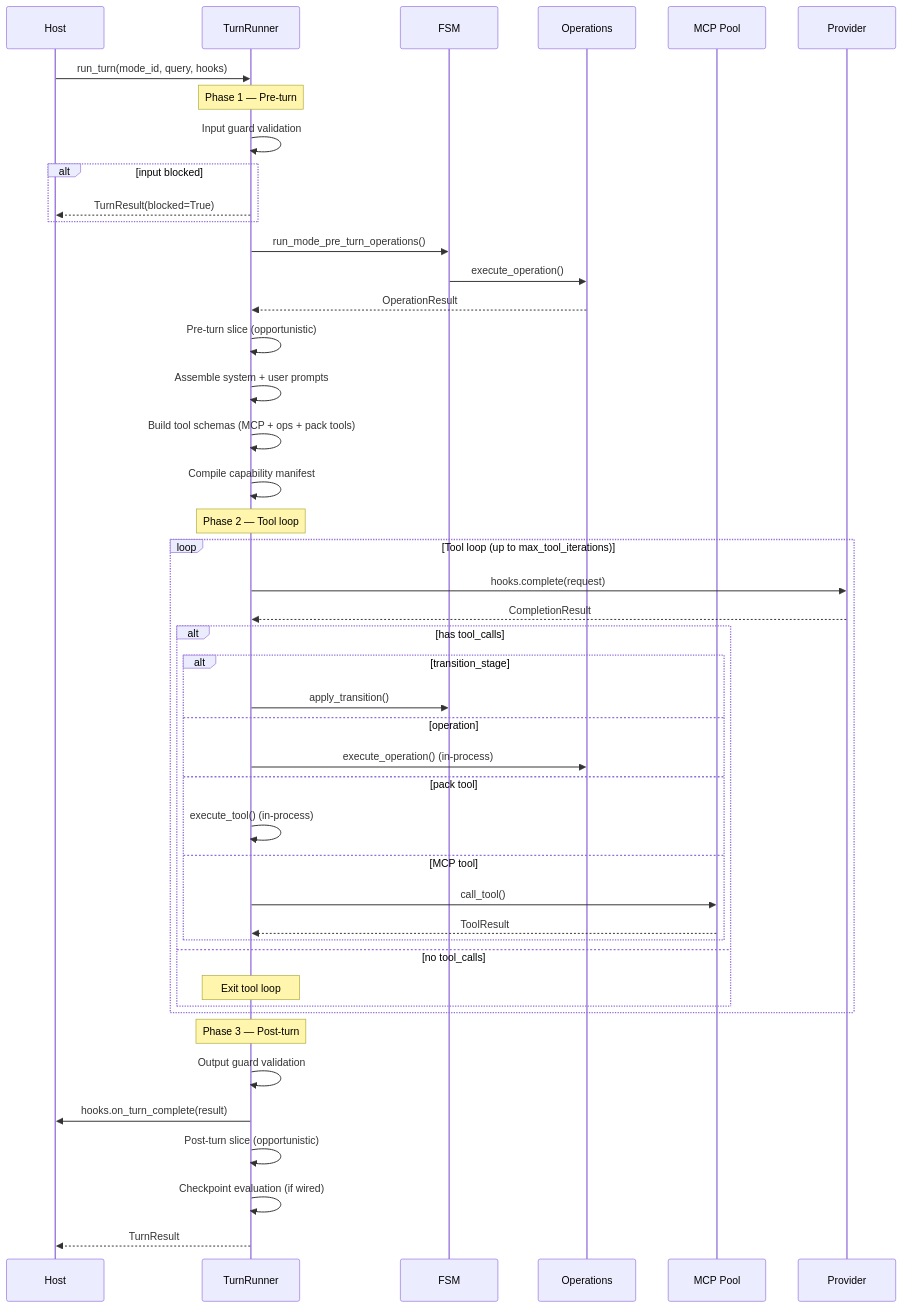
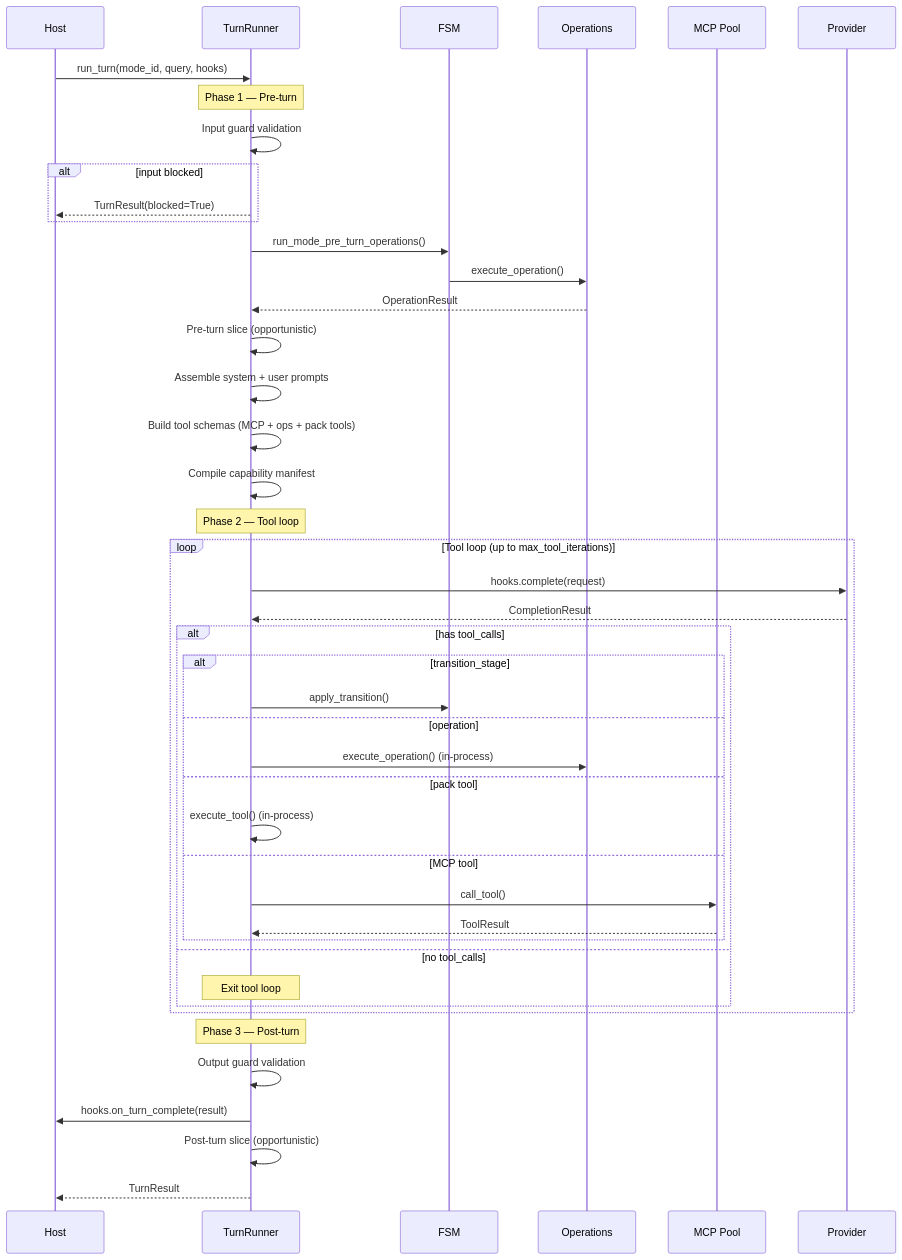
The first of 4 diagrams in kernel/README.md (Lisa-Harness/lisa), drawn with Mermaid before and after one commit. The commit also changed other lines of this file and 68 other files, not shown here.

````diff
--- a/kernel/README.md
+++ b/kernel/README.md
@@ -84,51 +84,50 @@
 ```mermaid
 sequenceDiagram
     participant Host
     participant TurnRunner
     participant FSM
     participant Operations
     participant MCP Pool
     participant Provider
 
     Host->>TurnRunner: run_turn(mode_id, query, hooks)
 
     Note over TurnRunner: Phase 1 — Pre-turn
     TurnRunner->>TurnRunner: Input guard validation
     alt input blocked
         TurnRunner-->>Host: TurnResult(blocked=True)
     end
     TurnRunner->>FSM: run_mode_pre_turn_operations()
     FSM->>Operations: execute_operation()
     Operations-->>TurnRunner: OperationResult
     TurnRunner->>TurnRunner: Pre-turn slice (opportunistic)
     TurnRunner->>TurnRunner: Assemble system + user prompts
     TurnRunner->>TurnRunner: Build tool schemas (MCP + ops + pack tools)
     TurnRunner->>TurnRunner: Compile capability manifest
 
     Note over TurnRunner: Phase 2 — Tool loop
     loop Tool loop (up to max_tool_iterations)
         TurnRunner->>Provider: hooks.complete(request)
         Provider-->>TurnRunner: CompletionResult
         alt has tool_calls
             alt transition_stage
                 TurnRunner->>FSM: apply_transition()
             else operation
                 TurnRunner->>Operations: execute_operation() (in-process)
             else pack tool
                 TurnRunner->>TurnRunner: execute_tool() (in-process)
             else MCP tool
                 TurnRunner->>MCP Pool: call_tool()
                 MCP Pool-->>TurnRunner: ToolResult
             end
         else no tool_calls
             Note over TurnRunner: Exit tool loop
         end
     end
 
     Note over TurnRunner: Phase 3 — Post-turn
     TurnRunner->>TurnRunner: Output guard validation
     TurnRunner->>Host: hooks.on_turn_complete(result)
     TurnRunner->>TurnRunner: Post-turn slice (opportunistic)
-    TurnRunner->>TurnRunner: Checkpoint evaluation (if wired)
     TurnRunner-->>Host: TurnResult
 ```
````
